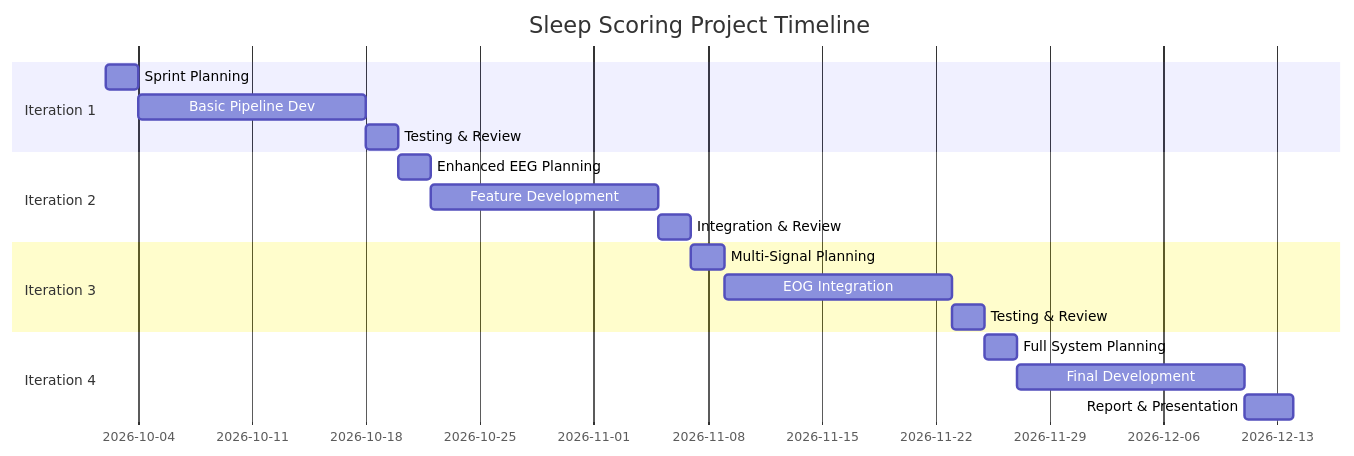
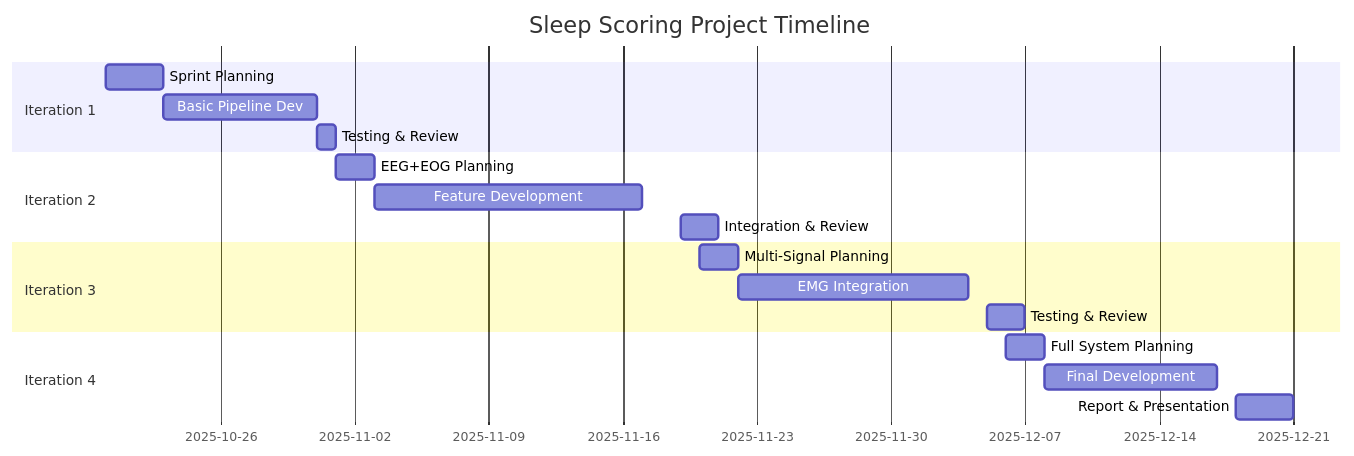
Before and after one commit to simb-01/CM2013-Signal-Processing-: the third of 4 diagrams in PROJECT_GUIDE.md, drawn with Mermaid. The commit also changed other lines of this file and 8 other files, not shown here.

````diff
--- a/PROJECT_GUIDE.md
+++ b/PROJECT_GUIDE.md
@@ -220,24 +219,24 @@
 ```mermaid
 gantt
     title Sleep Scoring Project Timeline
     dateFormat  YYYY-MM-DD
     section Iteration 1
-    Sprint Planning       :a1, 2026-10-02, 2d
-    Basic Pipeline Dev    :a2, after a1, 14d
-    Testing & Review      :a3, after a2, 2d
-    
+    Sprint Planning       :a1, 2025-10-20, 3d
+    Basic Pipeline Dev    :a2, after a1, 8d
+    Testing & Review      :a3, 2025-10-31, 1d
+
     section Iteration 2
-    Enhanced EEG Planning :b1, after a3, 2d
+    EEG+EOG Planning      :b1, 2025-11-01, 2d
     Feature Development   :b2, after b1, 14d
-    Integration & Review  :b3, after b2, 2d
-    
+    Integration & Review  :b3, 2025-11-19, 2d
+
     section Iteration 3
-    Multi-Signal Planning :c1, after b3, 2d
-    EOG Integration       :c2, after c1, 14d
-    Testing & Review      :c3, after c2, 2d
-    
+    Multi-Signal Planning :c1, 2025-11-20, 2d
+    EMG Integration       :c2, after c1, 12d
+    Testing & Review      :c3, 2025-12-05, 2d
+
     section Iteration 4
-    Full System Planning  :d1, after c3, 2d
-    Final Development     :d2, after d1, 14d
-    Report & Presentation :d3, after d2, 3d
+    Full System Planning  :d1, 2025-12-06, 2d
+    Final Development     :d2, after d1, 9d
+    Report & Presentation :d3, 2025-12-18, 3d
 ```
````
